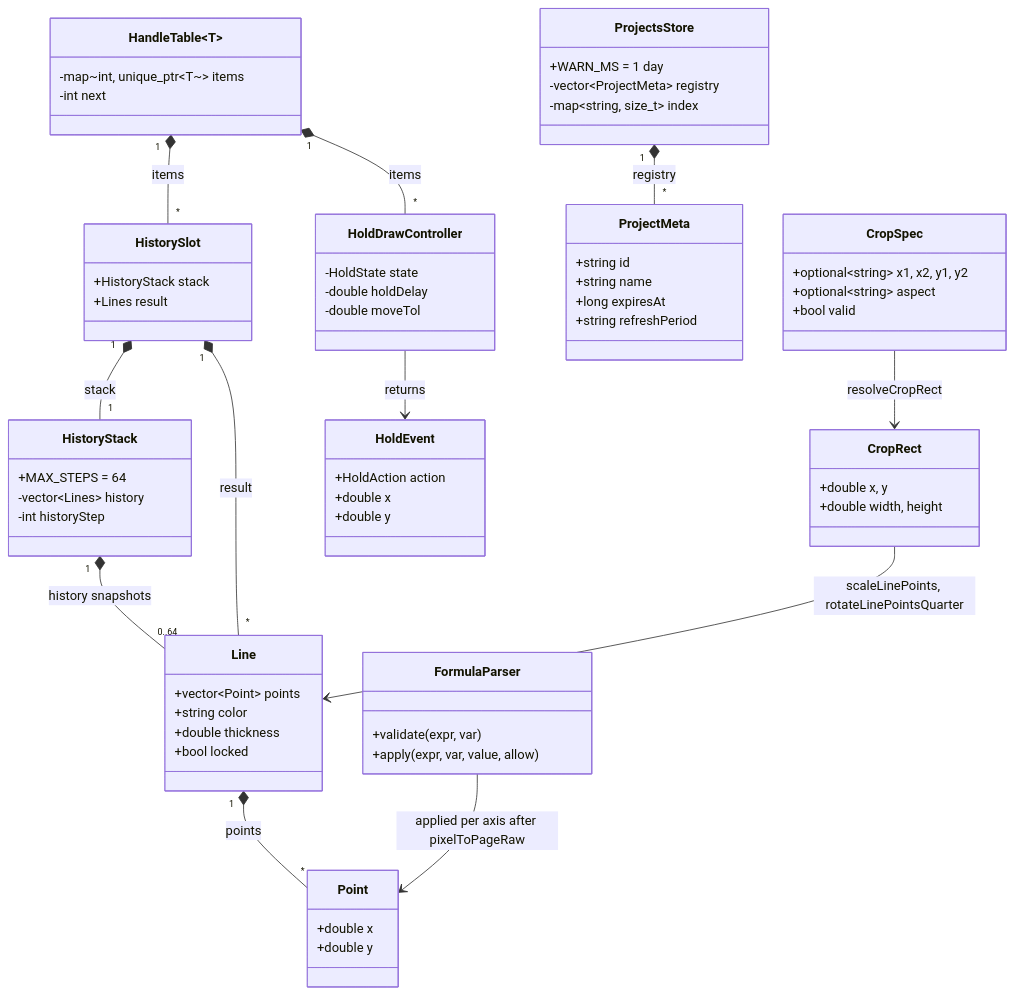
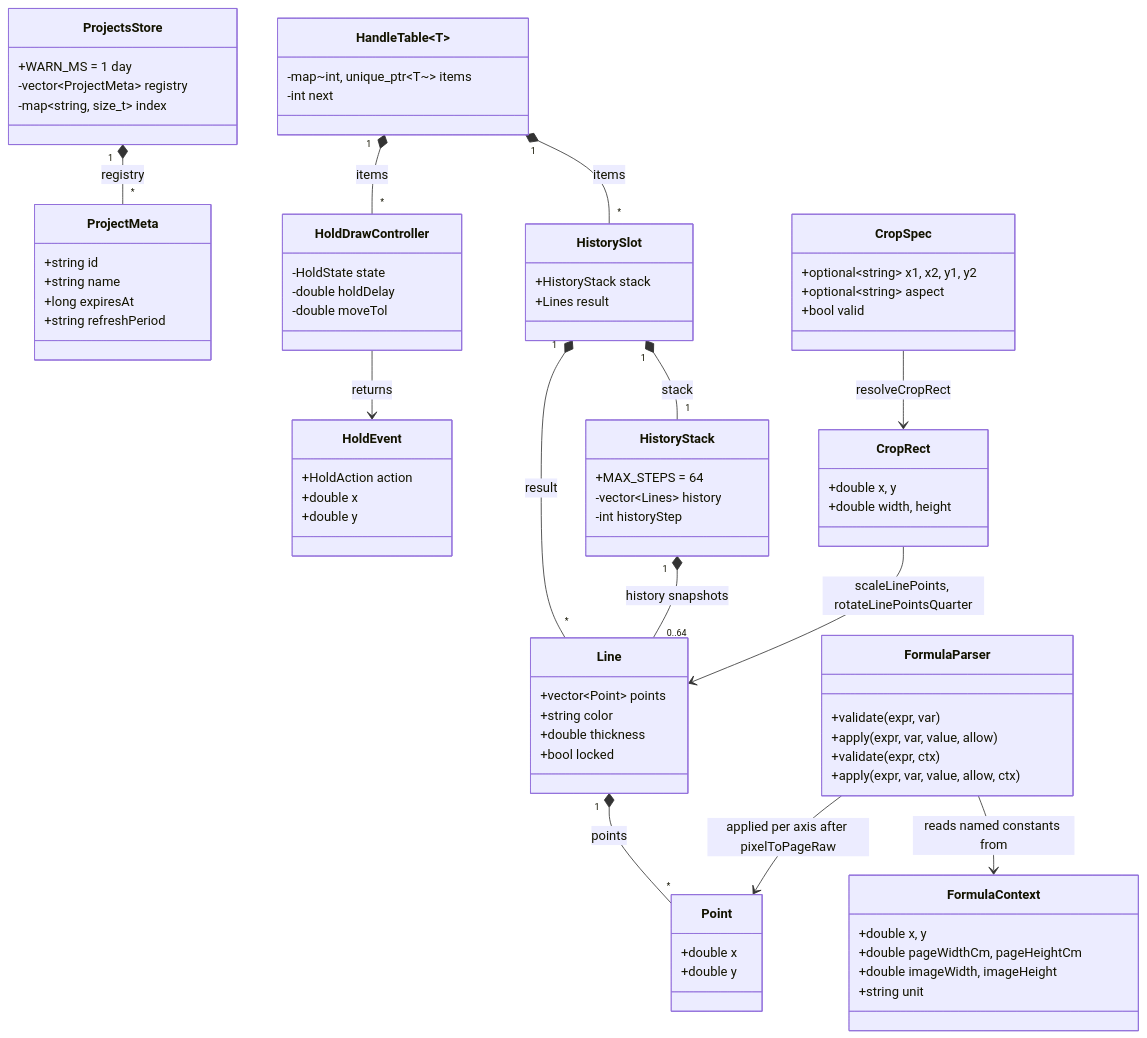
Before and after one commit to andrew1407/stencil: the second of 2 diagrams in core/ARCHITECTURE.md, drawn with Mermaid. The commit also changed other lines of this file and 51 other files, not shown here.

Commit message:
Let a coordinate formula name the page, the image and the other axis

````diff
--- a/core/ARCHITECTURE.md
+++ b/core/ARCHITECTURE.md
@@ -58,72 +58,81 @@
 ```mermaid
 classDiagram
     class Point {
         +double x
         +double y
     }
     class Line {
         +vector~Point~ points
         +string color
         +double thickness
         +bool locked
     }
     class HistoryStack {
         +MAX_STEPS = 64
         -vector~Lines~ history
         -int historyStep
     }
     class HistorySlot {
         +HistoryStack stack
         +Lines result
     }
     class HandleTable~T~ {
         -map~int, unique_ptr~T~~ items
         -int next
     }
     class HoldDrawController {
         -HoldState state
         -double holdDelay
         -double moveTol
     }
     class HoldEvent {
         +HoldAction action
         +double x
         +double y
     }
     class ProjectMeta {
         +string id
         +string name
         +long expiresAt
         +string refreshPeriod
     }
     class ProjectsStore {
         +WARN_MS = 1 day
         -vector~ProjectMeta~ registry
         -map~string, size_t~ index
     }
     class CropRect {
         +double x, y
         +double width, height
     }
     class CropSpec {
         +optional~string~ x1, x2, y1, y2
         +optional~string~ aspect
         +bool valid
     }
     class FormulaParser {
         +validate(expr, var)
         +apply(expr, var, value, allow)
+        +validate(expr, ctx)
+        +apply(expr, var, value, allow, ctx)
+    }
+    class FormulaContext {
+        +double x, y
+        +double pageWidthCm, pageHeightCm
+        +double imageWidth, imageHeight
+        +string unit
     }
 
     Line "1" *-- "*" Point : points
     HistoryStack "1" *-- "0..64" Line : history snapshots
     HistorySlot "1" *-- "1" HistoryStack : stack
     HistorySlot "1" *-- "*" Line : result
     HandleTable "1" *-- "*" HistorySlot : items
     HandleTable "1" *-- "*" HoldDrawController : items
     HoldDrawController --> HoldEvent : returns
     ProjectsStore "1" *-- "*" ProjectMeta : registry
     CropSpec --> CropRect : resolveCropRect
     CropRect --> Line : scaleLinePoints, rotateLinePointsQuarter
+    FormulaParser --> FormulaContext : reads named constants from
     FormulaParser --> Point : applied per axis after pixelToPageRaw
 ```
````
